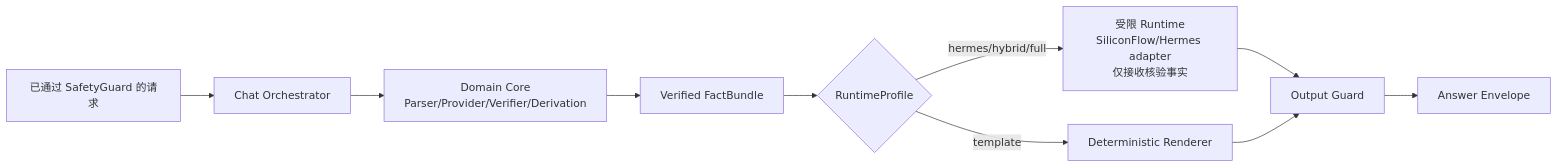
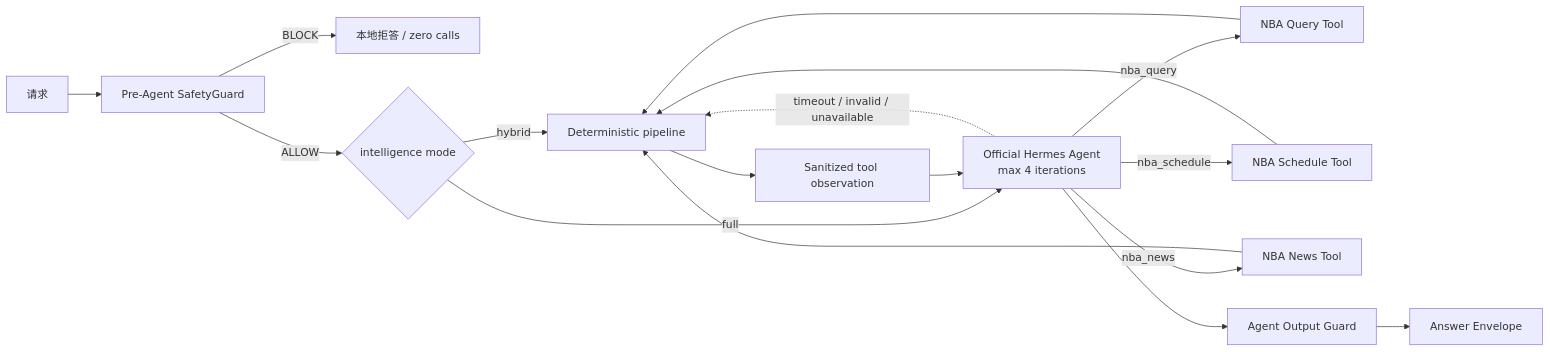
Before and after one commit to vchive/NBAAgent: the third of 5 diagrams in specs/001-nba-chat-agent/hld.md, drawn with Mermaid. The commit also changed other lines of this file and 43 other files, not shown here.

Commit message:
feat: integrate official Hermes NBA agent

````diff
--- a/specs/001-nba-chat-agent/hld.md
+++ b/specs/001-nba-chat-agent/hld.md
@@ -155,12 +159,19 @@
 ```mermaid
 flowchart LR
-    Q[已通过 SafetyGuard 的请求] --> O[Chat Orchestrator]
-    O --> D[Domain Core\nParser/Provider/Verifier/Derivation]
-    D --> F[Verified FactBundle]
-    F --> R{RuntimeProfile}
-    R -->|template| T[Deterministic Renderer]
-    R -->|hermes/hybrid/full| H[受限 Runtime\nSiliconFlow/Hermes adapter\n仅接收核验事实]
-    H --> G[Output Guard]
-    T --> G
+    Q[请求] --> S[Pre-Agent SafetyGuard]
+    S -->|BLOCK| B[本地拒答 / zero calls]
+    S -->|ALLOW| R{intelligence mode}
+    R -->|hybrid| D[Deterministic pipeline]
+    R -->|full| H[Official Hermes Agent\nmax 4 iterations]
+    H -->|nba_query| TQ[NBA Query Tool]
+    H -->|nba_schedule| TS[NBA Schedule Tool]
+    H -->|nba_news| TN[NBA News Tool]
+    TQ --> D
+    TS --> D
+    TN --> D
+    D --> O[Sanitized tool observation]
+    O --> H
+    H --> G[Agent Output Guard]
     G --> A[Answer Envelope]
+    H -. timeout / invalid / unavailable .-> D
 ```
````
